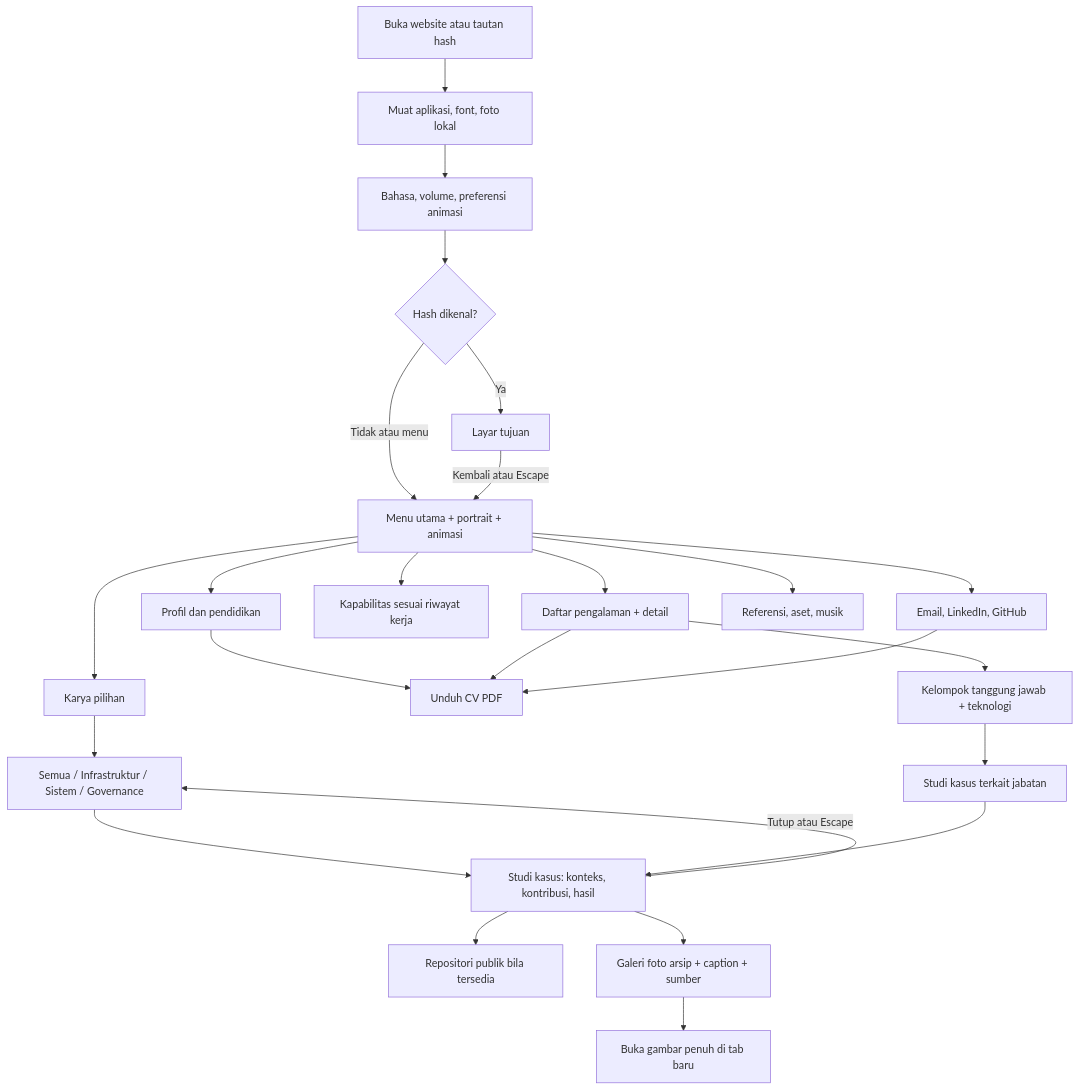
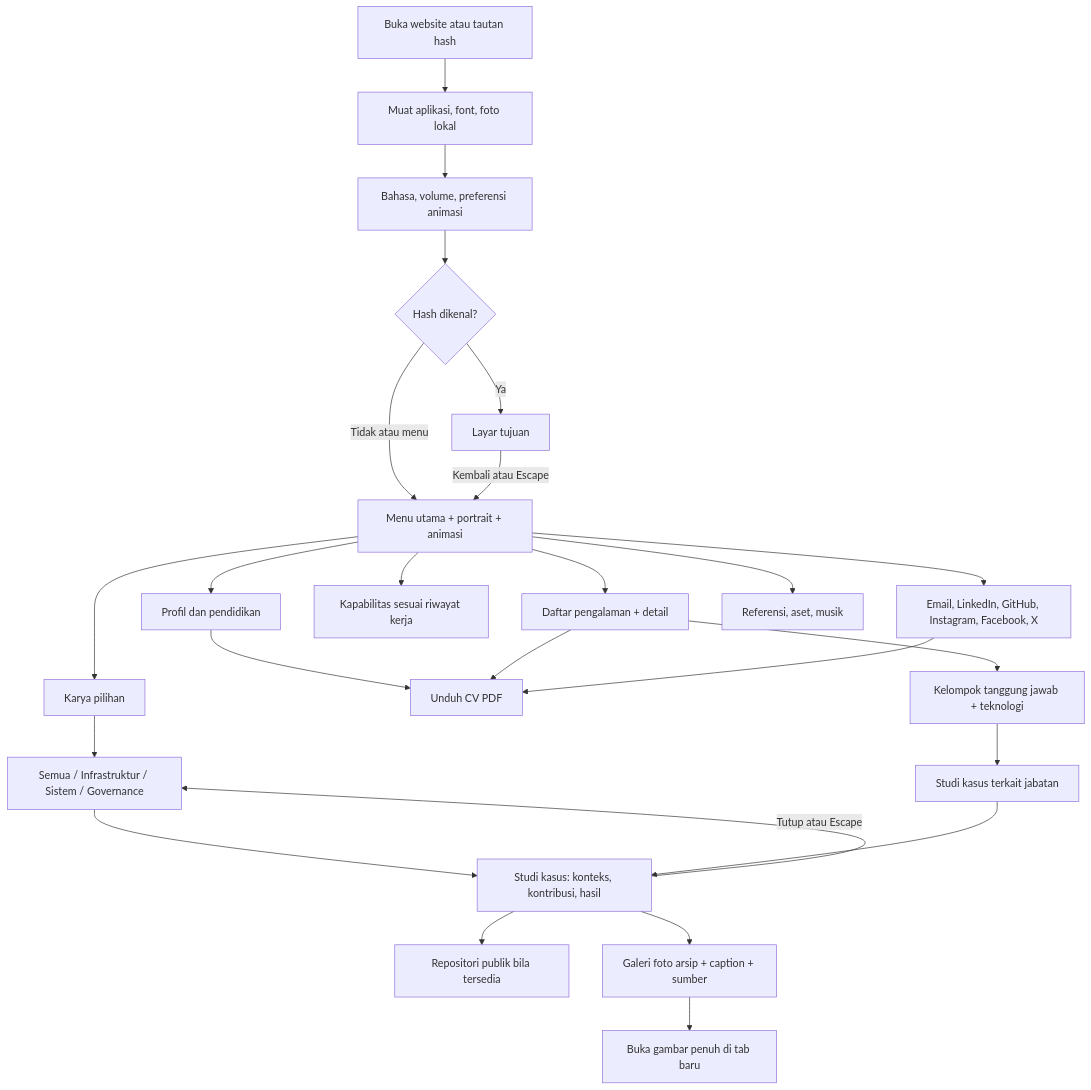
One commit to rickopra/rickopra.github.io changed the first of 6 diagrams in docs/FLOW.md. Above: the diagram before and after it, drawn with Mermaid. The commit also changed 9 other files, not shown here.

Commit message:
Add Instagram, Facebook search, and X contact links

````diff
--- a/docs/FLOW.md
+++ b/docs/FLOW.md
@@ -7,27 +7,27 @@
 ```mermaid
 flowchart TD
     Open["Buka website atau tautan hash"] --> Load["Muat aplikasi, font, foto lokal"]
     Load --> Preferences["Bahasa, volume, preferensi animasi"]
     Preferences --> Route{"Hash dikenal?"}
     Route -->|Tidak atau menu| Menu["Menu utama + portrait + animasi"]
     Route -->|Ya| File["Layar tujuan"]
     Menu --> Profile["Profil dan pendidikan"]
     Menu --> Work["Karya pilihan"]
     Menu --> Career["Daftar pengalaman + detail"]
     Menu --> Skills["Kapabilitas sesuai riwayat kerja"]
-    Menu --> Contact["Email, LinkedIn, GitHub"]
+    Menu --> Contact["Email, LinkedIn, GitHub, Instagram, Facebook, X"]
     Menu --> Credits["Referensi, aset, musik"]
     Work --> Filter["Semua / Infrastruktur / Sistem / Governance"]
     Filter --> Dialog["Studi kasus: konteks, kontribusi, hasil"]
     Dialog --> Source["Repositori publik bila tersedia"]
     Dialog --> Evidence["Galeri foto arsip + caption + sumber"]
     Evidence --> Full["Buka gambar penuh di tab baru"]
     Dialog -->|Tutup atau Escape| Filter
     Profile --> CV["Unduh CV PDF"]
     Career --> CV
     Career --> Responsibilities["Kelompok tanggung jawab + teknologi"]
     Responsibilities --> Related["Studi kasus terkait jabatan"]
     Related --> Dialog
     Contact --> CV
     File -->|Kembali atau Escape| Menu
 ```
````
